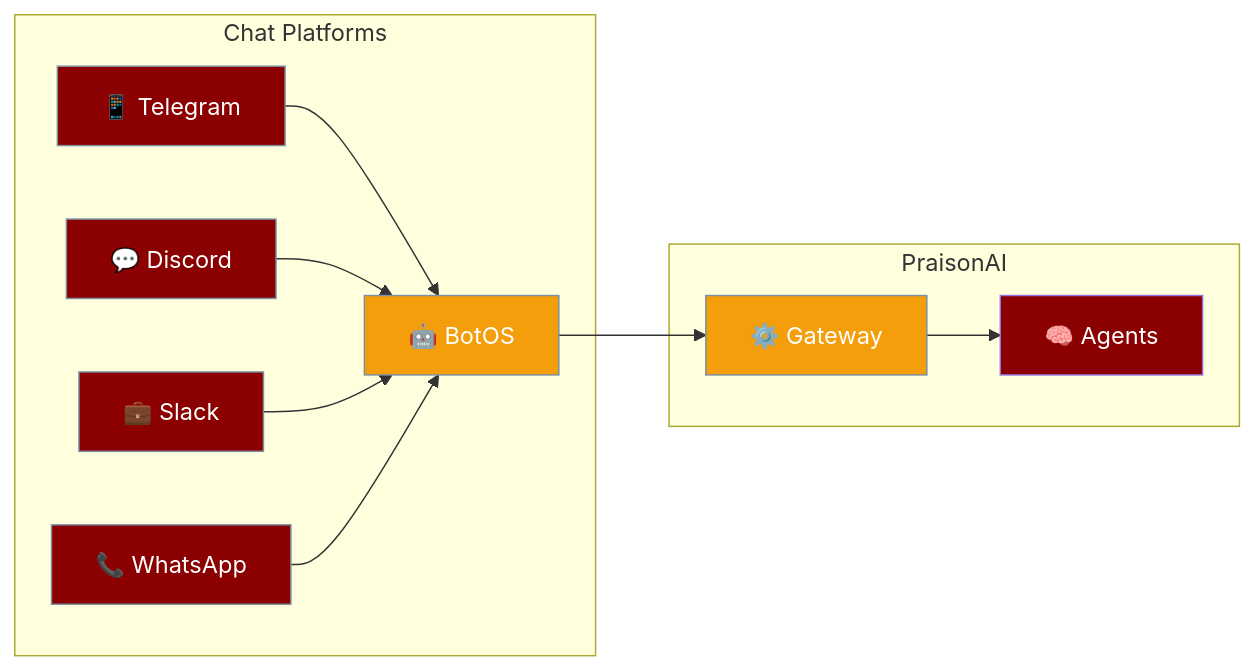
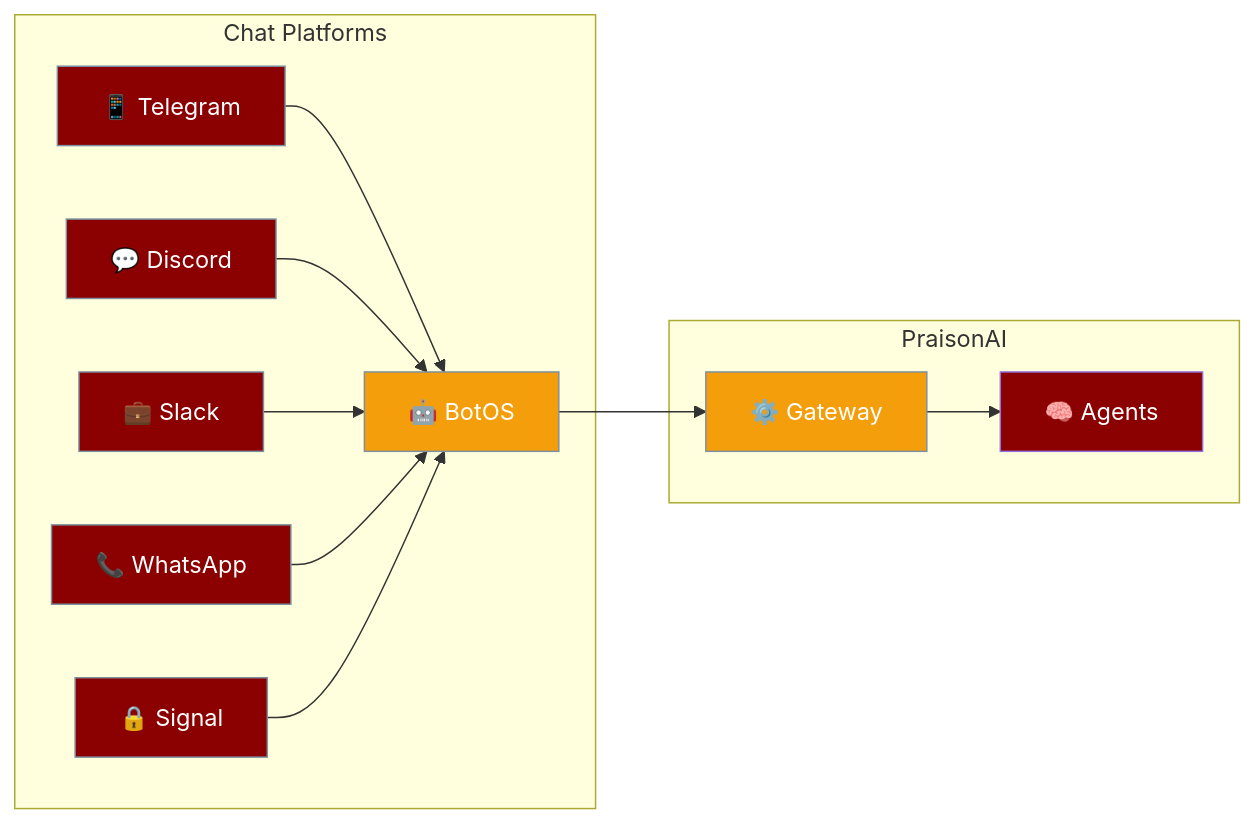
The first of 2 diagrams in docs/features/channels-gateway.mdx (MervinPraison/PraisonAIDocs), drawn with Mermaid before and after one commit. The commit also changed other lines of this file and 3 other files, not shown here.

````diff
--- a/docs/features/channels-gateway.mdx
+++ b/docs/features/channels-gateway.mdx
@@ -19,22 +19,23 @@
 ```mermaid
 graph LR
     subgraph "Chat Platforms"
         A[📱 Telegram] --> B[🤖 BotOS]
         C[💬 Discord] --> B
         D[💼 Slack] --> B
         E[📞 WhatsApp] --> B
+        H[🔒 Signal] --> B
     end
     subgraph "PraisonAI"
         B --> F[⚙️ Gateway]
         F --> G[🧠 Agents]
     end
     
     classDef platform fill:#8B0000,stroke:#7C90A0,color:#fff
     classDef gateway fill:#F59E0B,stroke:#7C90A0,color:#fff
     
     classDef agent fill:#8B0000,color:#fff
     classDef tool fill:#189AB4,color:#fff
-    class A,C,D,E platform
+    class A,C,D,E,H platform
     class B,F gateway
     class G agent
 ```
````
